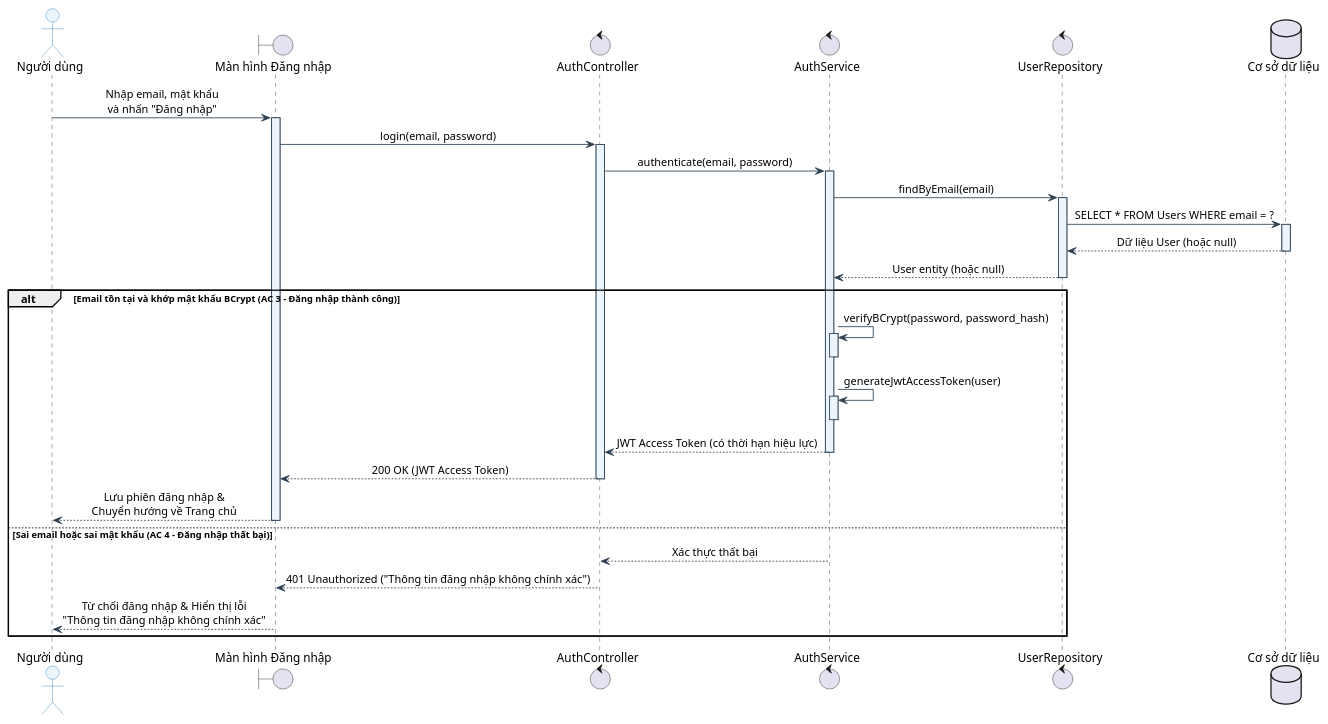
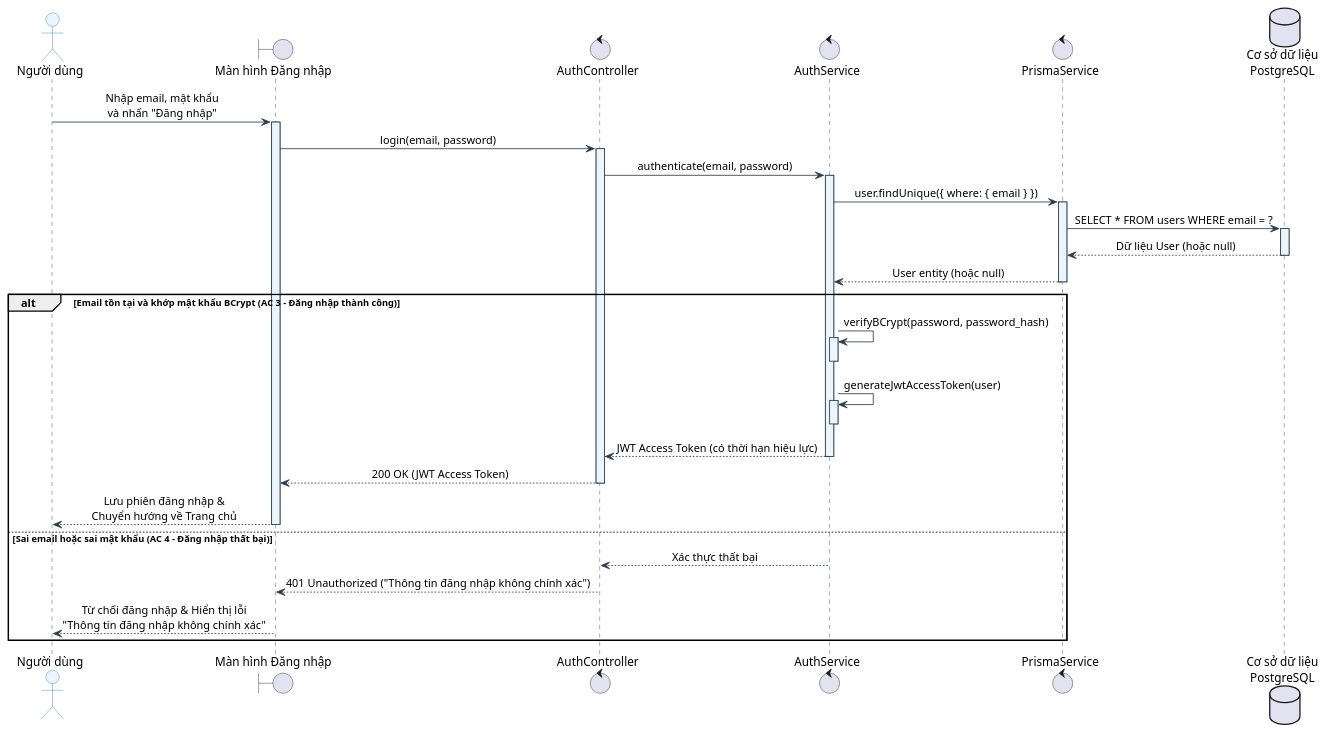
One commit to Phuc280106/BrewLite2 changed the diagram in docs/diagrams/auth/sequence-auth-login.puml. Above: the diagram before and after it, drawn with PlantUML. The commit also changed 5 other files, not shown here.

Commit message:
docs(diagrams): cap nhat usecase va sequence cho cac phan he theo gop y review

```diff
--- a/docs/diagrams/auth/sequence-auth-login.puml
+++ b/docs/diagrams/auth/sequence-auth-login.puml
@@ -1,51 +1,51 @@
 @startuml
 
 skinparam backgroundColor white
 skinparam sequence {
     ArrowColor #2C3E50
     LifeLineBorderColor #2C3E50
     LifeLineBorderThickness 1.5
     LifeLineBackgroundColor #EBF5FB
     ParticipantBorderColor #2980B9
     ParticipantBackgroundColor #EBF5FB
     ParticipantFontColor #1B4F72
     ActorBorderColor #2980B9
     ActorBackgroundColor #EBF5FB
     BoxBorderColor #2C3E50
     BoxBackgroundColor #FFFFFF
     MessageAlign center
     ResponseMessageBelowArrow true
 }
 
 autoactivate on
 
 actor "Người dùng" as User
 boundary "Màn hình Đăng nhập" as LoginUI
 control "AuthController" as Controller
 control "AuthService" as Service
-control "UserRepository" as Repo
-database "Cơ sở dữ liệu" as DB
+control "PrismaService" as Prisma
+database "Cơ sở dữ liệu\nPostgreSQL" as DB
 
 User -> LoginUI : Nhập email, mật khẩu\nvà nhấn "Đăng nhập"
 LoginUI -> Controller : login(email, password)
 Controller -> Service : authenticate(email, password)
-Service -> Repo : findByEmail(email)
-Repo -> DB : SELECT * FROM Users WHERE email = ?
-DB --> Repo : Dữ liệu User (hoặc null)
-Repo --> Service : User entity (hoặc null)
+Service -> Prisma : user.findUnique({ where: { email } })
+Prisma -> DB : SELECT * FROM users WHERE email = ?
+DB --> Prisma : Dữ liệu User (hoặc null)
+Prisma --> Service : User entity (hoặc null)
 
 alt Email tồn tại và khớp mật khẩu BCrypt (AC 3 - Đăng nhập thành công)
     Service -> Service : verifyBCrypt(password, password_hash)
     deactivate Service
     Service -> Service : generateJwtAccessToken(user)
     deactivate Service
     Service --> Controller : JWT Access Token (có thời hạn hiệu lực)
     Controller --> LoginUI : 200 OK (JWT Access Token)
     LoginUI --> User : Lưu phiên đăng nhập &\nChuyển hướng về Trang chủ
 else Sai email hoặc sai mật khẩu (AC 4 - Đăng nhập thất bại)
     Service --> Controller : Xác thực thất bại
     Controller --> LoginUI : 401 Unauthorized ("Thông tin đăng nhập không chính xác")
     LoginUI --> User : Từ chối đăng nhập & Hiển thị lỗi\n"Thông tin đăng nhập không chính xác"
 end
 
 @enduml
```
